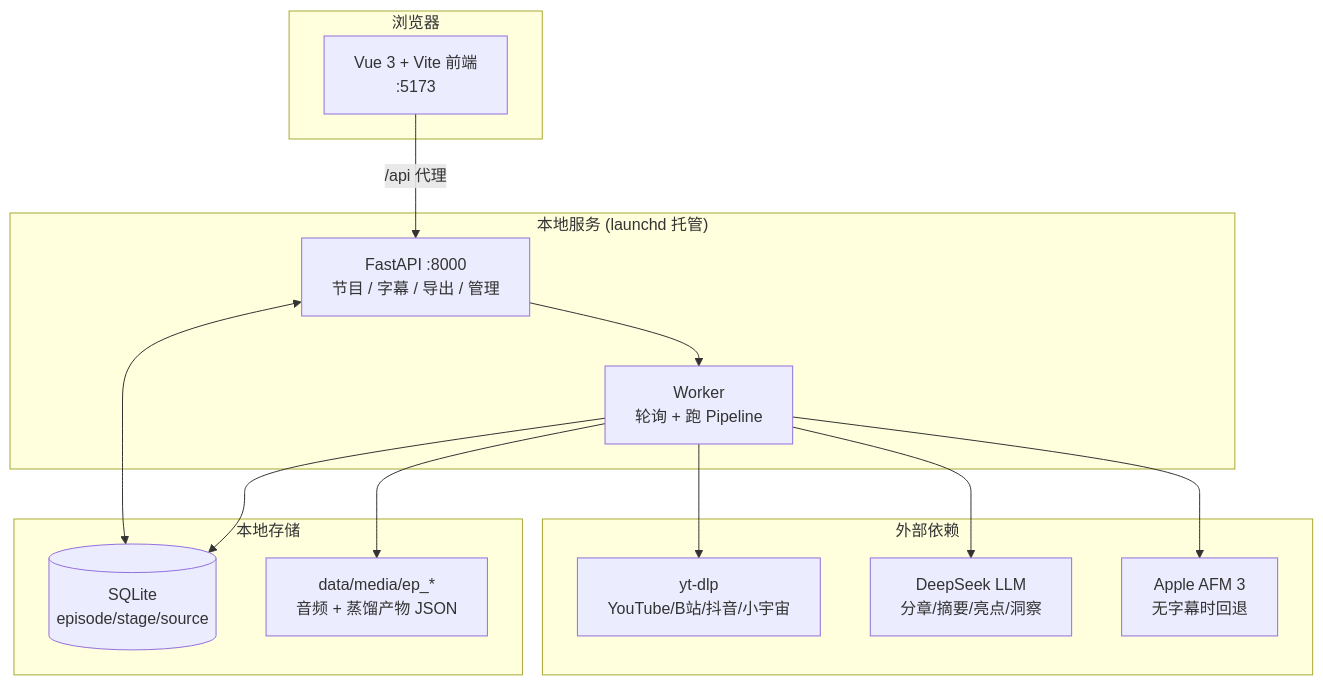
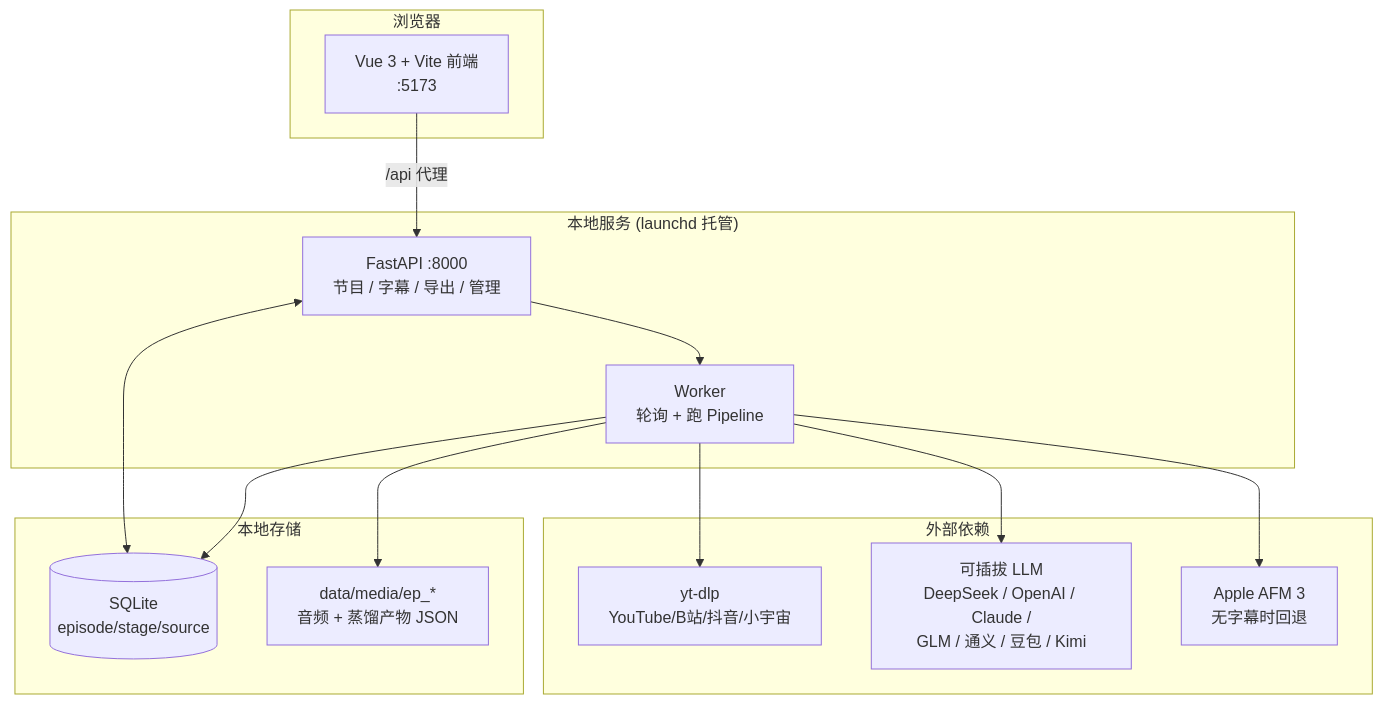
Before and after one commit to Alliskyline2020/podcast-digester: the second of 2 diagrams in README.md, drawn with Mermaid. The commit also changed other lines of this file and 3 other files, not shown here.

````diff
--- a/README.md
+++ b/README.md
@@ -74,28 +98,28 @@
 ```mermaid
 flowchart TB
     subgraph Browser["浏览器"]
         FE["Vue 3 + Vite 前端<br/>:5173"]
     end
     subgraph Backend["本地服务 (launchd 托管)"]
         API["FastAPI :8000<br/>节目 / 字幕 / 导出 / 管理"]
         WK["Worker<br/>轮询 + 跑 Pipeline"]
     end
     subgraph Data["本地存储"]
         DB[("SQLite<br/>episode/stage/source")]
         FS["data/media/ep_*<br/>音频 + 蒸馏产物 JSON"]
     end
     subgraph External["外部依赖"]
         YT["yt-dlp<br/>YouTube/B站/抖音/小宇宙"]
-        LLM["DeepSeek LLM<br/>分章/摘要/亮点/洞察"]
+        LLM["可插拔 LLM<br/>DeepSeek / OpenAI / Claude /<br/>GLM / 通义 / 豆包 / Kimi"]
         ASR["Apple AFM 3<br/>无字幕时回退"]
     end
 
     FE -- "/api 代理" --> API
     API <--> DB
     API --> WK
     WK --> YT
     WK --> LLM
     WK --> ASR
     WK --> FS
     WK --> DB
 ```
````
